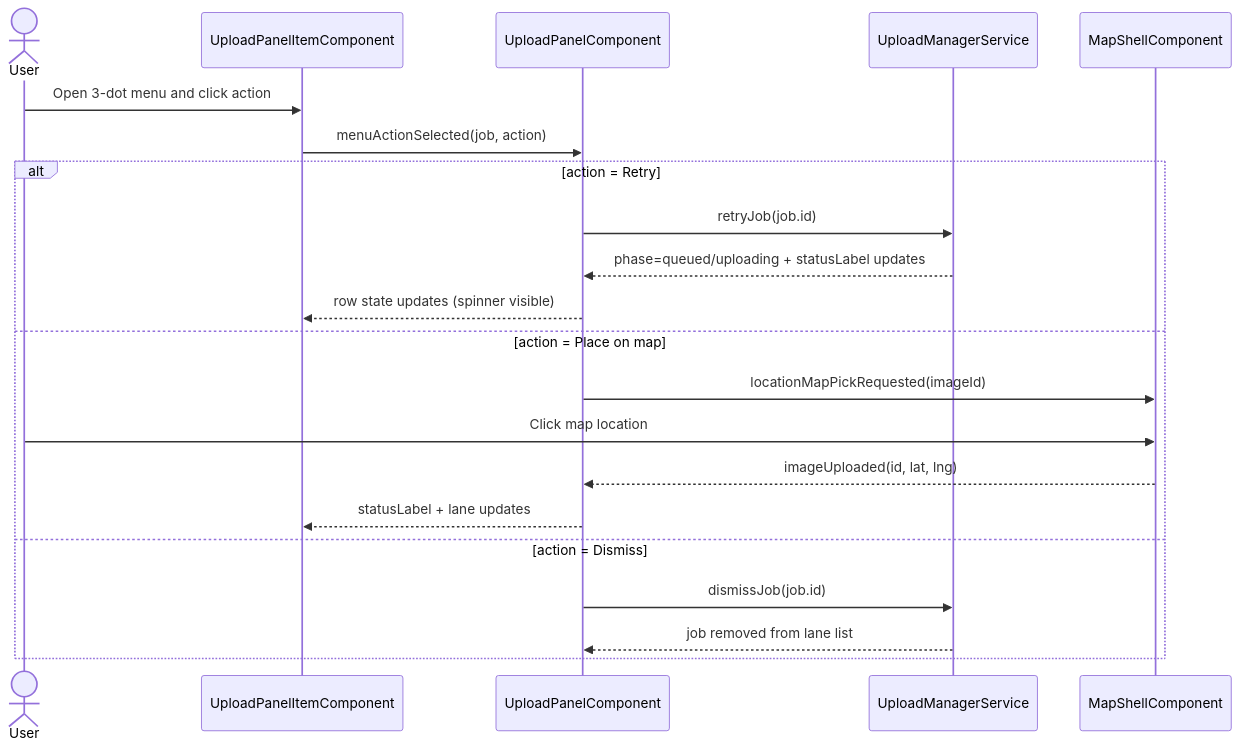
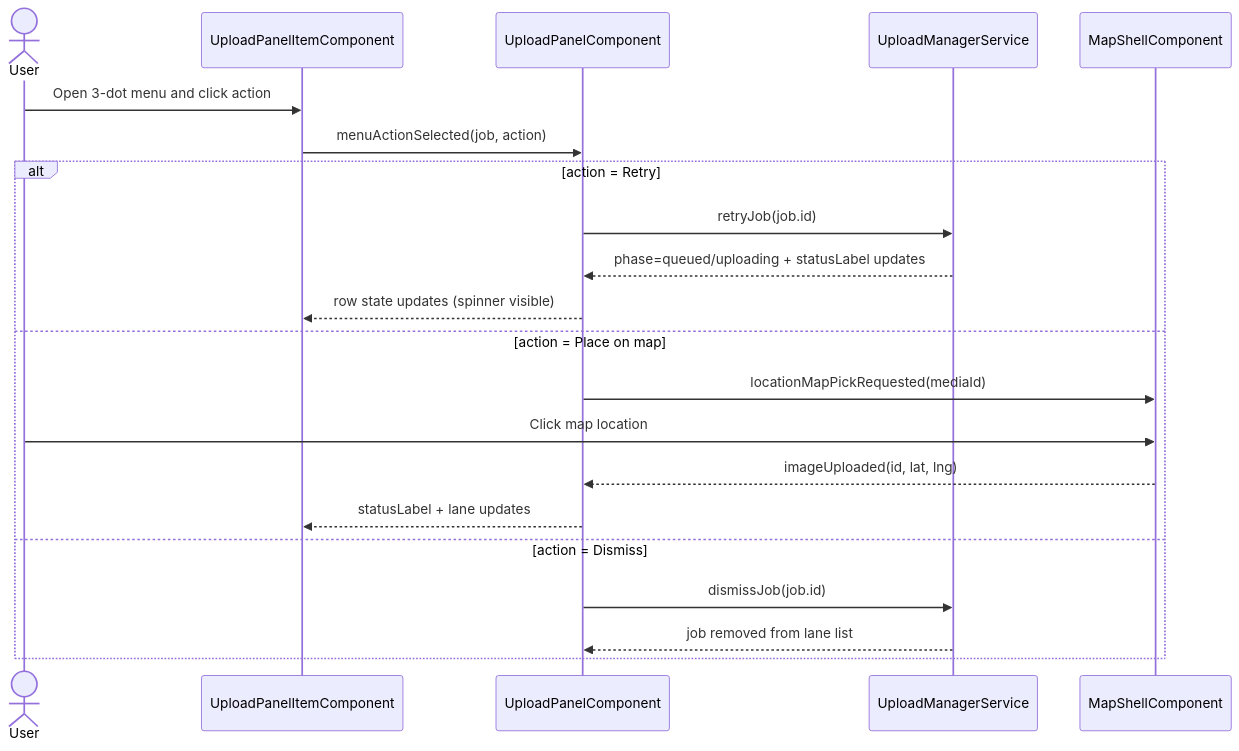
Before and after one commit to matkleve/feldpost: the second of 8 diagrams in docs/element-specs/upload-panel.md, drawn with Mermaid. The commit also changed other lines of this file and 19 other files, not shown here.

First line of the commit message:
refactor: update references from imageId to mediaId across documentation

````diff
--- a/docs/element-specs/upload-panel.md
+++ b/docs/element-specs/upload-panel.md
@@ -307,25 +307,25 @@
 ```mermaid
 sequenceDiagram
   actor User
   participant Item as UploadPanelItemComponent
   participant Panel as UploadPanelComponent
   participant Manager as UploadManagerService
   participant Map as MapShellComponent
 
   User->>Item: Open 3-dot menu and click action
   Item->>Panel: menuActionSelected(job, action)
 
   alt action = Retry
     Panel->>Manager: retryJob(job.id)
     Manager-->>Panel: phase=queued/uploading + statusLabel updates
     Panel-->>Item: row state updates (spinner visible)
   else action = Place on map
-    Panel->>Map: locationMapPickRequested(imageId)
+    Panel->>Map: locationMapPickRequested(mediaId)
     User->>Map: Click map location
     Map-->>Panel: imageUploaded(id, lat, lng)
     Panel-->>Item: statusLabel + lane updates
   else action = Dismiss
     Panel->>Manager: dismissJob(job.id)
     Manager-->>Panel: job removed from lane list
   end
 ```
````
